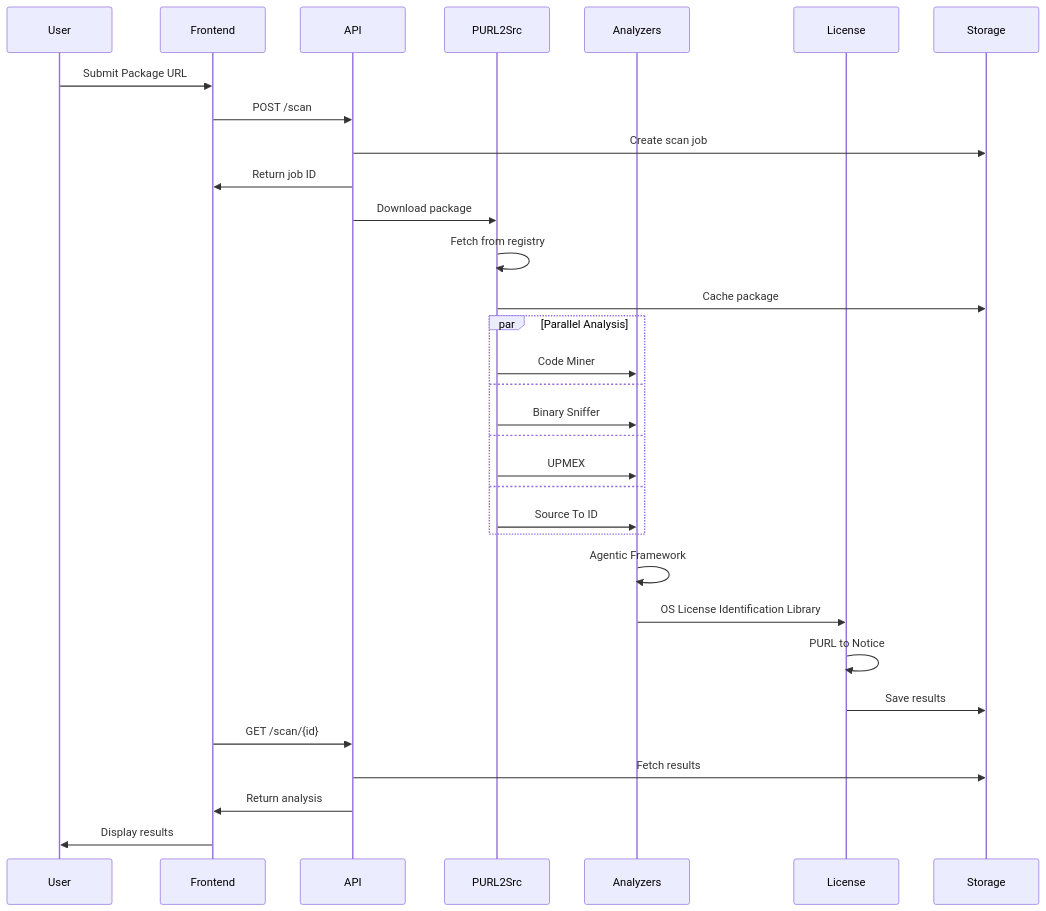
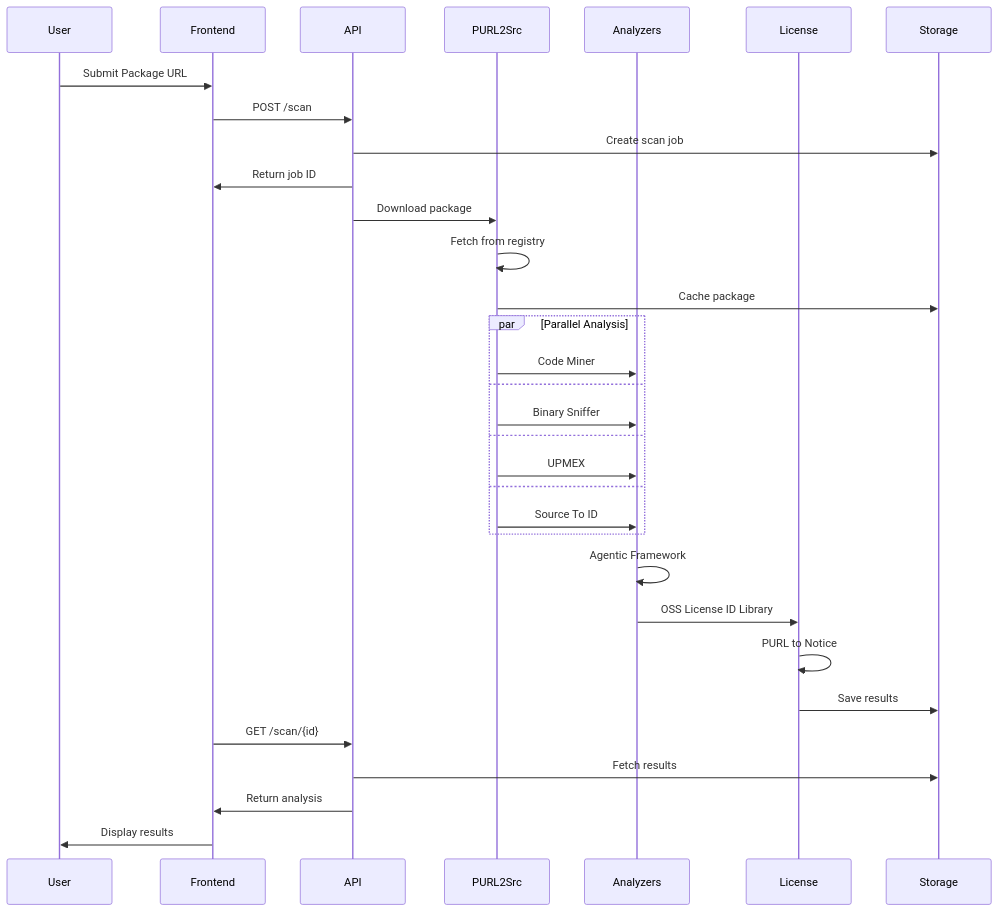
One commit to SemClone/semcl.one changed the second of 4 diagrams in capability-map.md. Above: the diagram before and after it, drawn with Mermaid. The commit also changed other lines of this file and 4 other files, not shown here.

````diff
--- a/capability-map.md
+++ b/capability-map.md
@@ -77,39 +77,39 @@
 ```mermaid
 sequenceDiagram
     participant User
     participant Frontend
     participant API
     participant PURL2Src
     participant Analyzers
     participant License
     participant Storage
 
     User->>Frontend: Submit Package URL
     Frontend->>API: POST /scan
     API->>Storage: Create scan job
     API->>Frontend: Return job ID
     
     API->>PURL2Src: Download package
     PURL2Src->>PURL2Src: Fetch from registry
     PURL2Src->>Storage: Cache package
     
     par Parallel Analysis
         PURL2Src->>Analyzers: Code Miner
         and
         PURL2Src->>Analyzers: Binary Sniffer
         and
         PURL2Src->>Analyzers: UPMEX
         and
         PURL2Src->>Analyzers: Source To ID
     end
     
     Analyzers->>Analyzers: Agentic Framework
-    Analyzers->>License: OS License Identification Library
+    Analyzers->>License: OSS License ID Library
     License->>License: PURL to Notice
     License->>Storage: Save results
     
     Frontend->>API: GET /scan/{id}
     API->>Storage: Fetch results
     API->>Frontend: Return analysis
     Frontend->>User: Display results
 ```
````
